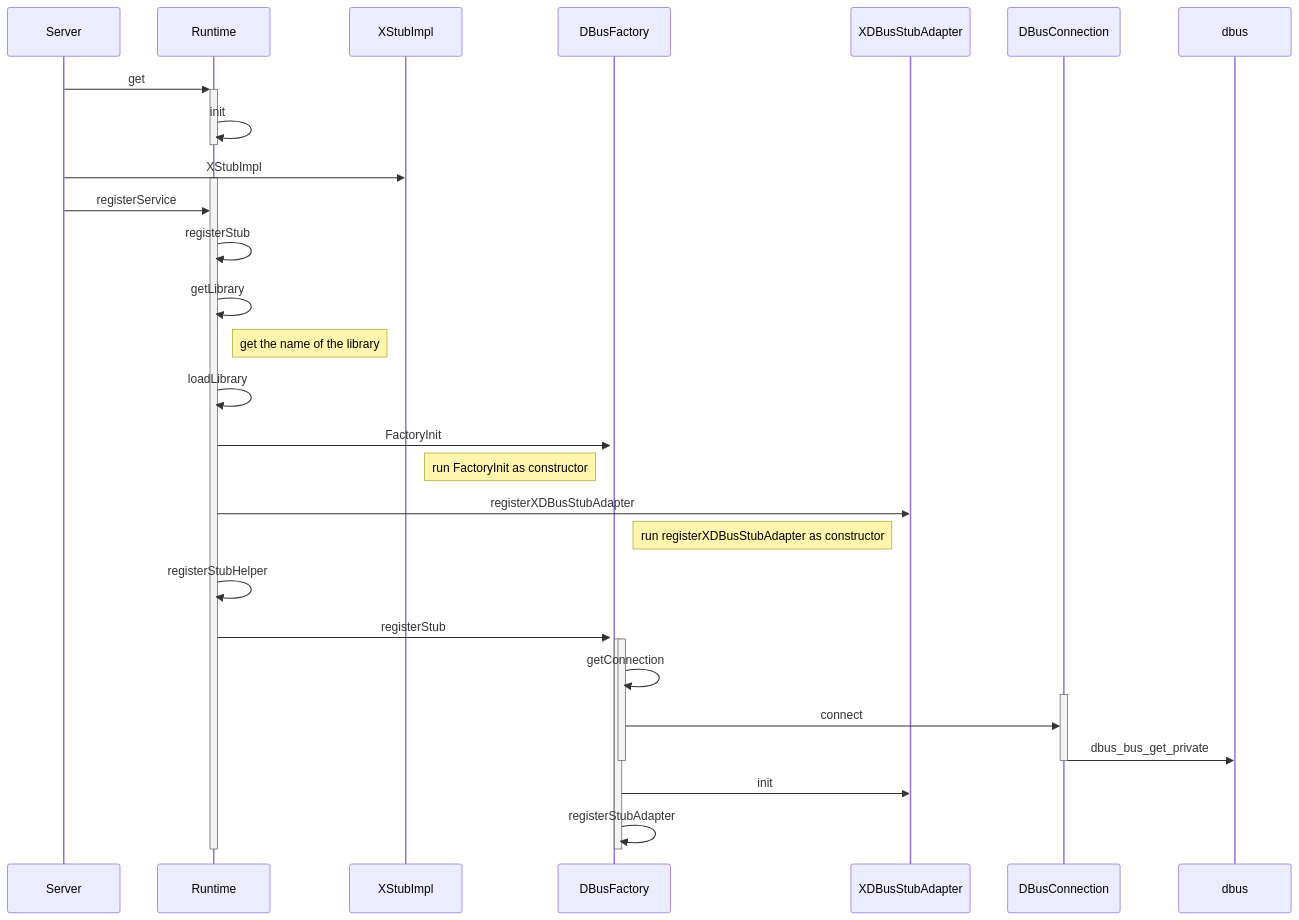
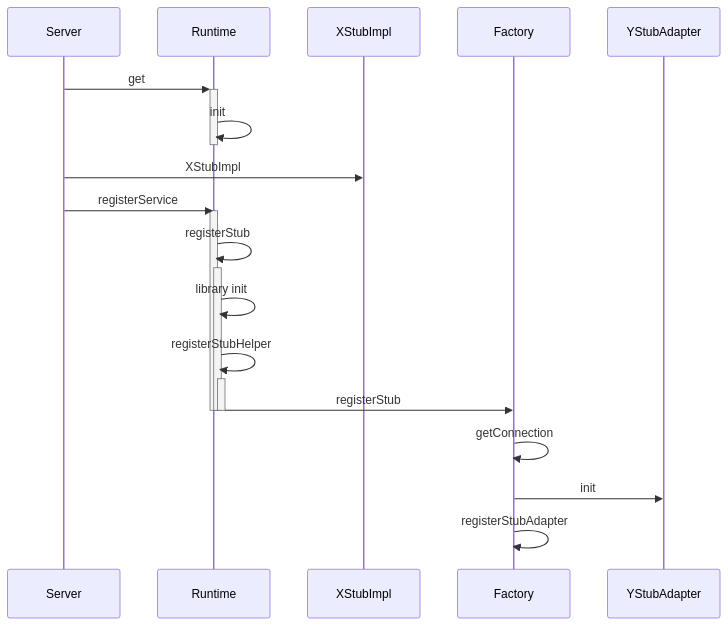
Before and after one commit to zeerd/zeerd.github.io: the first of 14 diagrams in _posts/2018-10-23-capicxx-example-helloworld.md, drawn with Mermaid. The commit also changed other lines of this file and 1 other file, not shown here.

````diff
--- a/_posts/2018-10-23-capicxx-example-helloworld.md
+++ b/_posts/2018-10-23-capicxx-example-helloworld.md
@@ -15,29 +22,18 @@
 ```mermaid
 sequenceDiagram
-
     Server ->> +Runtime : get
     Runtime ->> -Runtime : init
     Server ->> XStubImpl : XStubImpl
+    Server ->> Runtime : registerService
     activate Runtime
-    Server ->> Runtime : registerService
     Runtime ->> Runtime : registerStub
-    Runtime ->> Runtime : getLibrary
-    Note right of Runtime: get the name of the library
-    Runtime ->> Runtime : loadLibrary
-    Runtime ->> +DBusFactory : FactoryInit
-    Note left of DBusFactory : run FactoryInit as constructor
-    Runtime ->> XDBusStubAdapter : registerXDBusStubAdapter
-    Note left of XDBusStubAdapter : run registerXDBusStubAdapter as constructor
-    Runtime ->> Runtime : registerStubHelper
-    Runtime ->> +DBusFactory : registerStub
-    activate DBusFactory
-    DBusFactory ->> DBusFactory : getConnection
-    activate DBusConnection
-    DBusFactory ->> DBusConnection : connect
-    DBusConnection ->> dbus : dbus_bus_get_private
-    deactivate DBusConnection
-    deactivate DBusFactory
-    DBusFactory ->> XDBusStubAdapter : init
-    DBusFactory ->> -DBusFactory : registerStubAdapter
+    activate Runtime
+    Runtime ->> Runtime : library init
+    Runtime ->> +Runtime : registerStubHelper
+    Runtime ->> -Factory : registerStub
     deactivate Runtime
+    deactivate Runtime
+    Factory ->> Factory : getConnection
+    Factory ->> YStubAdapter : init
+    Factory ->> Factory : registerStubAdapter
 ```
````
